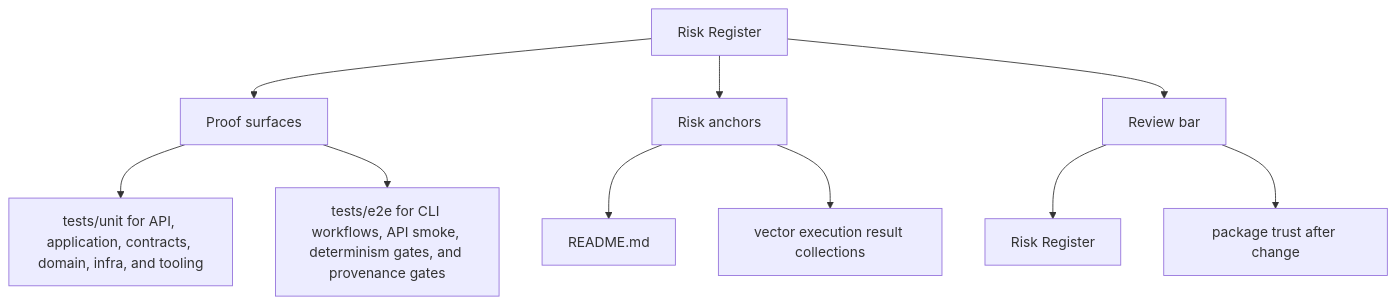
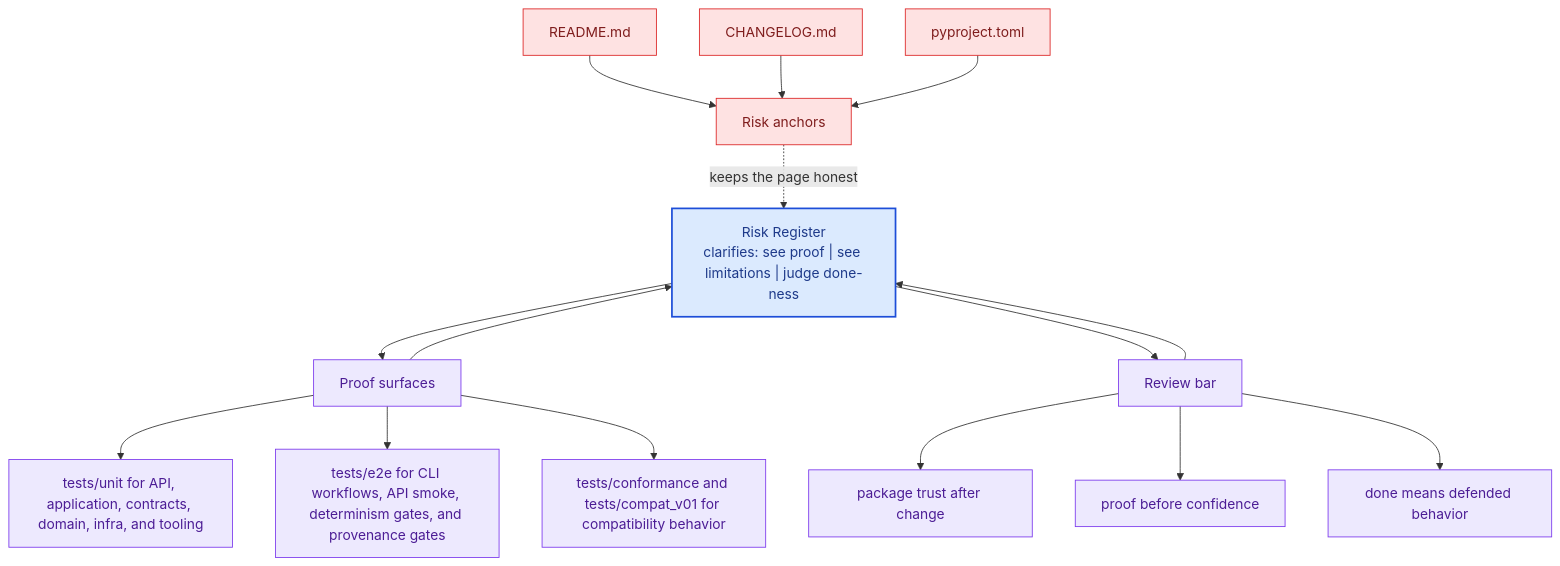
The second of 2 diagrams in docs/bijux-canon-index/quality/risk-register.md (bijux/bijux-canon), drawn with Mermaid before and after one commit. The commit also changed other lines of this file and 281 other files, not shown here.

Commit message:
docs(diagrams): deepen handbook mermaid maps across the catalog

````diff
--- a/docs/bijux-canon-index/quality/risk-register.md
+++ b/docs/bijux-canon-index/quality/risk-register.md
@@ -35,22 +68,41 @@
 ```mermaid
-flowchart TD
-    page["Risk Register"]
+flowchart TB
+    promise["Risk Register<br/>clarifies: see proof | see limitations | judge done-ness"]
+    classDef promise fill:#dbeafe,stroke:#1d4ed8,color:#1e3a8a,stroke-width:2px;
+    classDef driver fill:#dcfce7,stroke:#16a34a,color:#14532d;
+    classDef constraint fill:#fee2e2,stroke:#dc2626,color:#7f1d1d;
+    classDef ground fill:#ede9fe,stroke:#7c3aed,color:#4c1d95;
     focus1["Proof surfaces"]
-    page --> focus1
+    focus1 --> promise
+    promise --> focus1
     focus1_1["tests/unit for API, application, contracts, domain, infra, and tooling"]
     focus1 --> focus1_1
     focus1_2["tests/e2e for CLI workflows, API smoke, determinism gates, and provenance gates"]
     focus1 --> focus1_2
+    focus1_3["tests/conformance and tests/compat_v01 for compatibility behavior"]
+    focus1 --> focus1_3
+    class focus1 ground;
+    class focus1_1,focus1_2,focus1_3 ground;
     focus2["Risk anchors"]
-    page --> focus2
+    focus2 -.keeps the page honest.-> promise
     focus2_1["README.md"]
-    focus2 --> focus2_1
-    focus2_2["vector execution result collections"]
-    focus2 --> focus2_2
+    focus2_1 --> focus2
+    focus2_2["CHANGELOG.md"]
+    focus2_2 --> focus2
+    focus2_3["pyproject.toml"]
+    focus2_3 --> focus2
+    class focus2 constraint;
+    class focus2_1,focus2_2,focus2_3 constraint;
     focus3["Review bar"]
-    page --> focus3
-    focus3_1["Risk Register"]
+    focus3 --> promise
+    promise --> focus3
+    focus3_1["package trust after change"]
     focus3 --> focus3_1
-    focus3_2["package trust after change"]
+    focus3_2["proof before confidence"]
     focus3 --> focus3_2
+    focus3_3["done means defended behavior"]
+    focus3 --> focus3_3
+    class focus3 ground;
+    class focus3_1,focus3_2,focus3_3 ground;
+    class promise promise;
 ```
````
